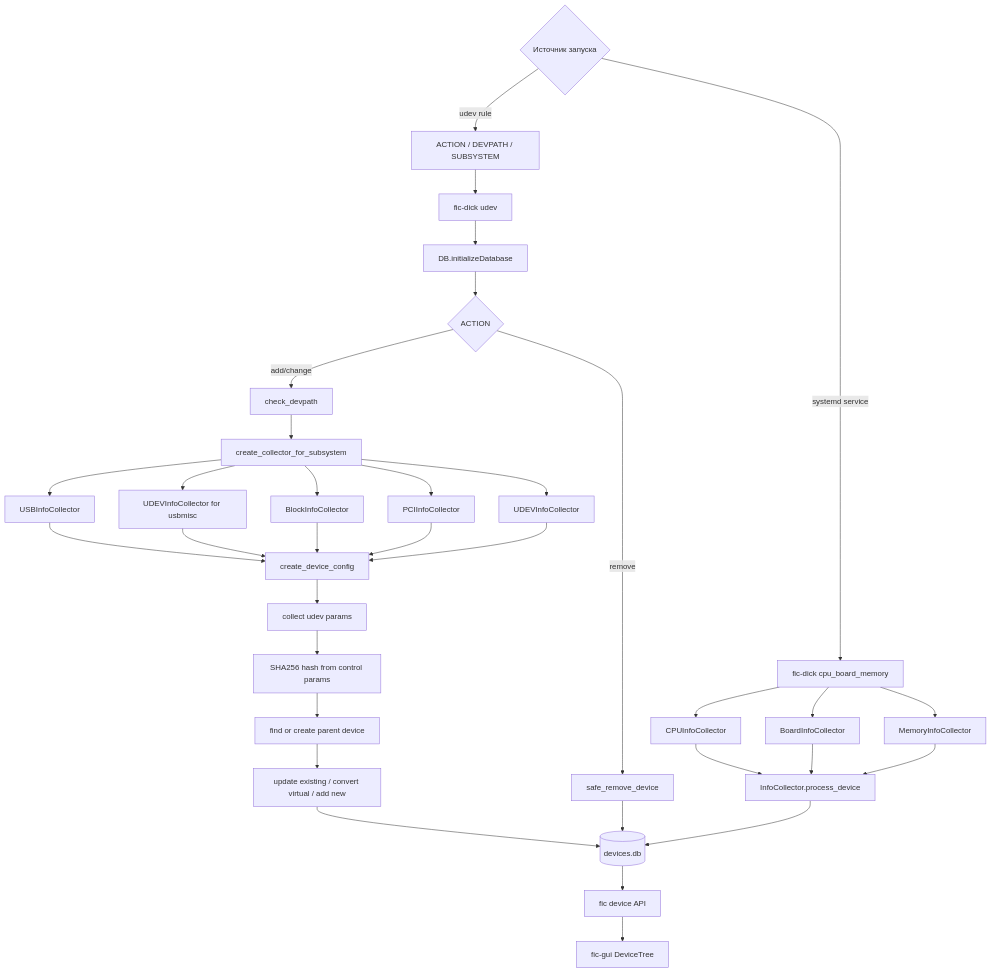
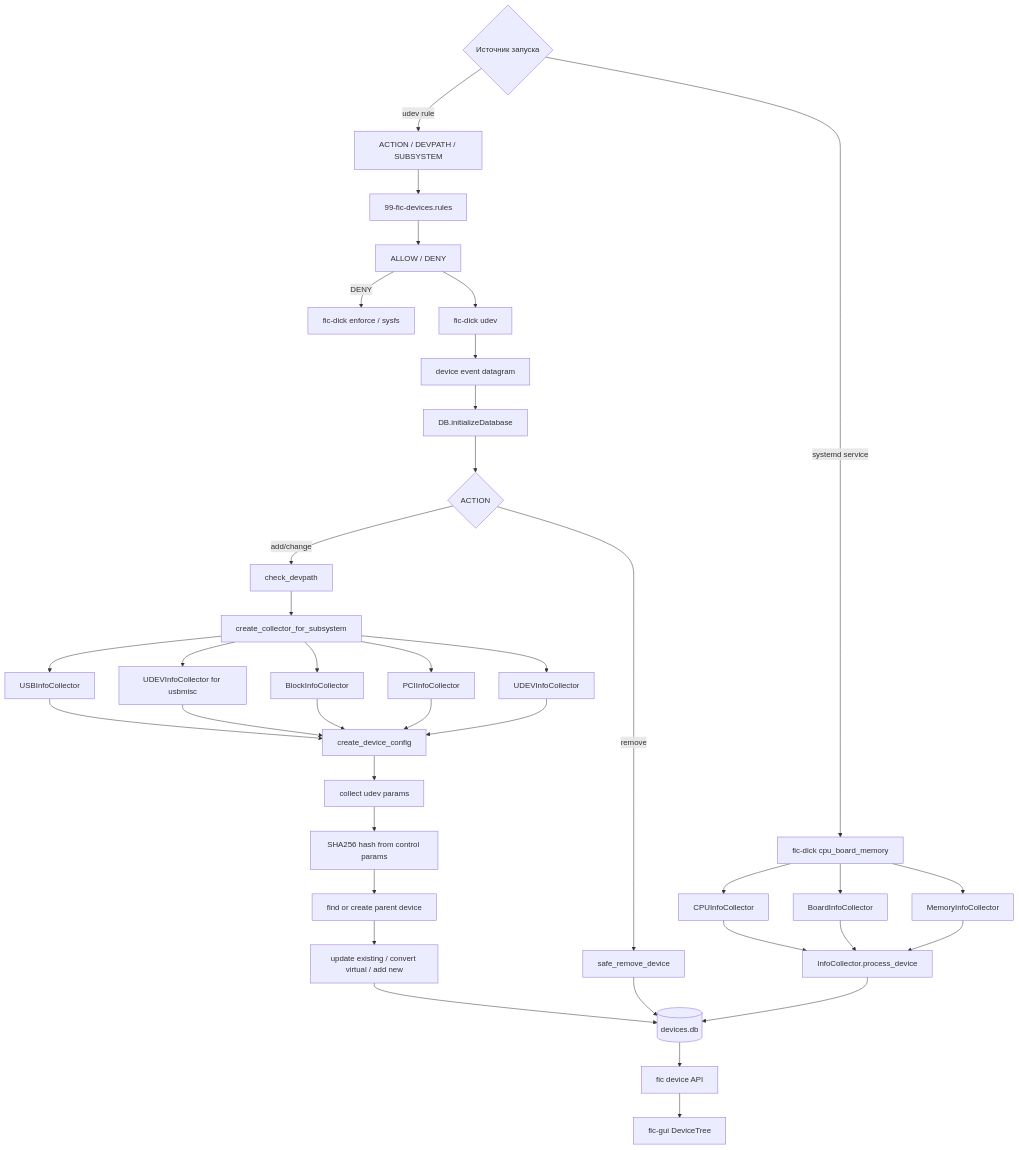
Before and after one commit to RevoltStar/FIC: diagram 17 of 19 in docs/architecture-diagrams.md, drawn with Mermaid. The commit also changed other lines of this file and 34 other files, not shown here.

````diff
--- a/docs/architecture-diagrams.md
+++ b/docs/architecture-diagrams.md
@@ -707,43 +721,47 @@
 ```mermaid
 flowchart TD
     event{Источник запуска} -->|udev rule| udevEnv[ACTION / DEVPATH / SUBSYSTEM]
     event -->|systemd service| staticRun[fic-dick cpu_board_memory]
 
-    udevEnv --> ficDickUdev[fic-dick udev]
-    ficDickUdev --> initDb[DB.initializeDatabase]
+    udevEnv --> generatedRules[99-fic-devices.rules]
+    generatedRules --> decision[ALLOW / DENY]
+    decision -->|DENY| sysfs[fic-dick enforce / sysfs]
+    decision --> ficDickUdev[fic-dick udev]
+    ficDickUdev --> eventSocket[device event datagram]
+    eventSocket --> initDb[DB.initializeDatabase]
     initDb --> action{ACTION}
 
     action -->|add/change| validateUdev[check_devpath]
     validateUdev --> collectorFactory[create_collector_for_subsystem]
     collectorFactory --> usb[USBInfoCollector]
     collectorFactory --> usbmisc[UDEVInfoCollector for usbmisc]
     collectorFactory --> block[BlockInfoCollector]
     collectorFactory --> pci[PCIInfoCollector]
     collectorFactory --> generic[UDEVInfoCollector]
 
     usb --> createDevice[create_device_config]
     usbmisc --> createDevice
     block --> createDevice
     pci --> createDevice
     generic --> createDevice
 
     createDevice --> collectParams[collect udev params]
     collectParams --> hash[SHA256 hash from control params]
     hash --> parent[find or create parent device]
     parent --> upsert[update existing / convert virtual / add new]
     upsert --> writeDb[(devices.db)]
 
     action -->|remove| safeRemove[safe_remove_device]
     safeRemove --> writeDb
 
     staticRun --> cpu[CPUInfoCollector]
     staticRun --> board[BoardInfoCollector]
     staticRun --> memory[MemoryInfoCollector]
     cpu --> processDevice[InfoCollector.process_device]
     board --> processDevice
     memory --> processDevice
     processDevice --> writeDb
 
     writeDb --> daemonDeviceApi[fic device API]
     daemonDeviceApi --> guiTree[fic-gui DeviceTree]
 ```
````
